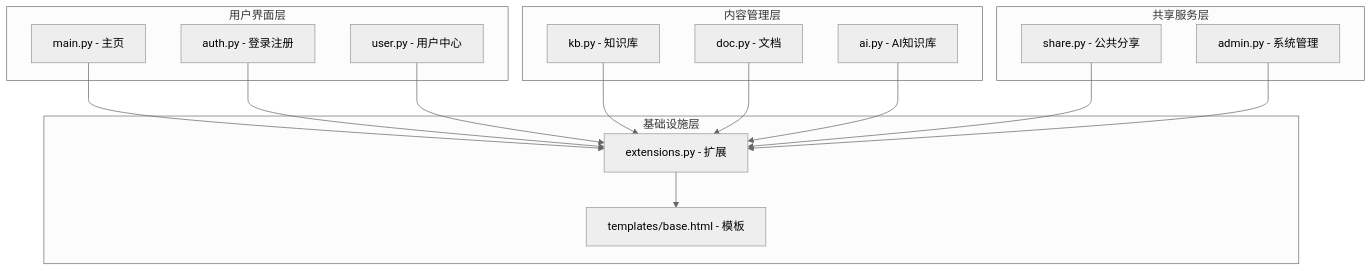
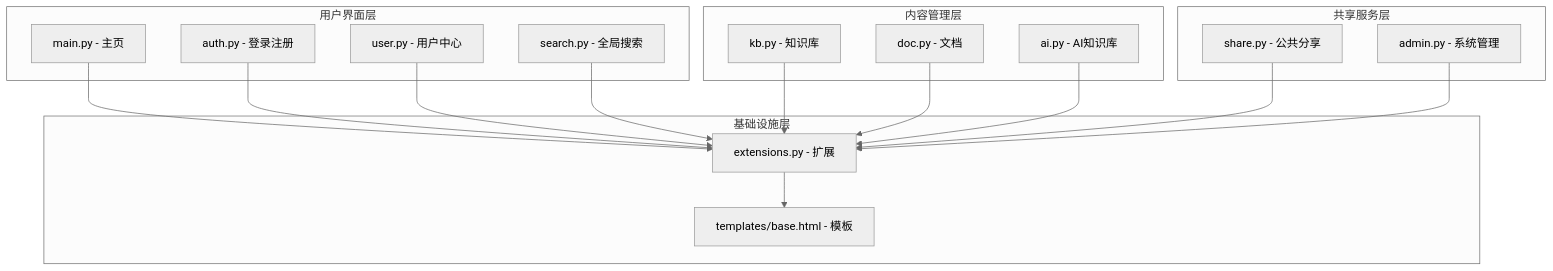
The third of 8 diagrams in .qoder/repowiki/zh/content/架构设计/蓝图系统设计/蓝图系统设计.md (beyondalbert/my_wiki), drawn with Mermaid (neutral theme) before and after one commit. The commit also changed other lines of this file and 5 other files, not shown here.

````diff
--- a/.qoder/repowiki/zh/content/架构设计/蓝图系统设计/蓝图系统设计.md
+++ b/.qoder/repowiki/zh/content/架构设计/蓝图系统设计/蓝图系统设计.md
@@ -141,30 +150,32 @@
 ```mermaid
 graph TB
 subgraph "用户界面层"
 A[main.py - 主页]
 B[auth.py - 登录注册]
 C[user.py - 用户中心]
+D[search.py - 全局搜索]
 end
 subgraph "内容管理层"
-D[kb.py - 知识库]
-E[doc.py - 文档]
-F[ai.py - AI知识库]
+E[kb.py - 知识库]
+F[doc.py - 文档]
+G[ai.py - AI知识库]
 end
 subgraph "共享服务层"
-G[share.py - 公共分享]
-H[admin.py - 系统管理]
+H[share.py - 公共分享]
+I[admin.py - 系统管理]
 end
 subgraph "基础设施层"
-I[extensions.py - 扩展]
-J[templates/base.html - 模板]
+J[extensions.py - 扩展]
+K[templates/base.html - 模板]
 end
-A --> I
-B --> I
-C --> I
-D --> I
-E --> I
-F --> I
-G --> I
-H --> I
+A --> J
+B --> J
+C --> J
+D --> J
+E --> J
+F --> J
+G --> J
+H --> J
 I --> J
+J --> K
 ```
````
